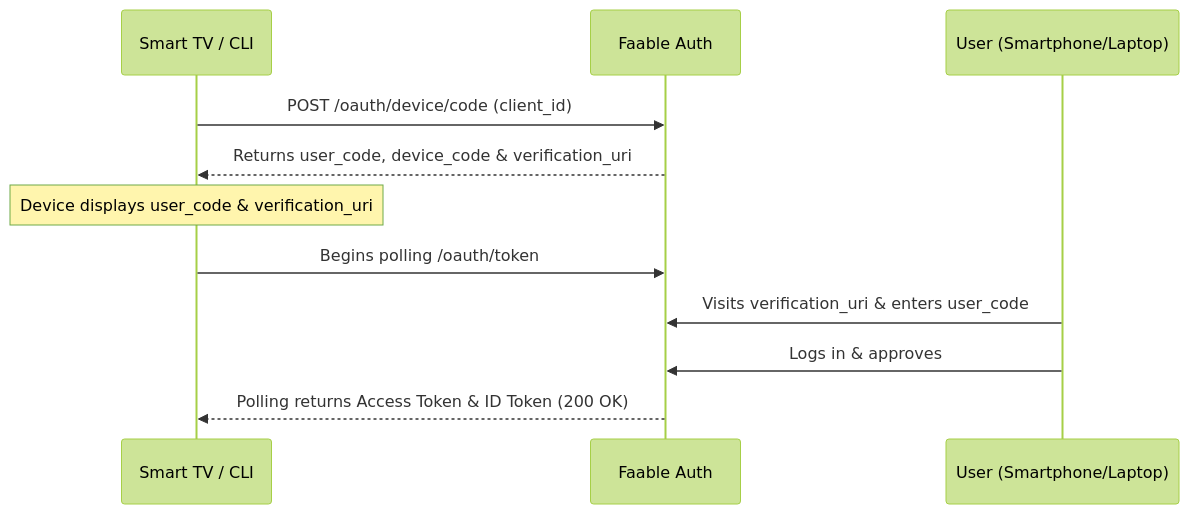
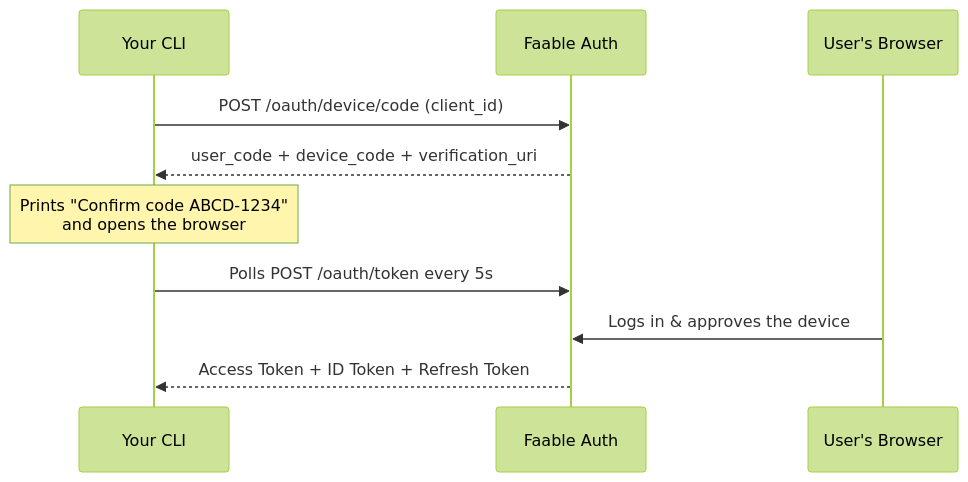
One commit to faablecloud/docs changed the diagram in content/auth/oauth-flows/device-code.mdx. Above: the diagram before and after it, drawn with Mermaid (forest theme). The commit also changed other lines of this file and 2 other files, not shown here.

First line of the commit message:
docs(auth): rewrite refresh-token and device-code pages for ads landings

````diff
--- a/content/auth/oauth-flows/device-code.mdx
+++ b/content/auth/oauth-flows/device-code.mdx
@@ -16,14 +22,13 @@
 ```mermaid
 sequenceDiagram
-    participant Device as Smart TV / CLI
+    participant CLI as Your CLI
     participant Faable as Faable Auth
-    participant User as User (Smartphone/Laptop)
+    participant User as User's Browser
 
-    Device->>Faable: POST /oauth/device/code (client_id)
-    Faable-->>Device: Returns user_code, device_code & verification_uri
-    Note over Device: Device displays user_code & verification_uri
-    Device->>Faable: Begins polling /oauth/token
-    User->>Faable: Visits verification_uri & enters user_code
-    User->>Faable: Logs in & approves
-    Faable-->>Device: Polling returns Access Token & ID Token (200 OK)
+    CLI->>Faable: POST /oauth/device/code (client_id)
+    Faable-->>CLI: user_code + device_code + verification_uri
+    Note over CLI: Prints "Confirm code ABCD-1234"<br/>and opens the browser
+    CLI->>Faable: Polls POST /oauth/token every 5s
+    User->>Faable: Logs in & approves the device
+    Faable-->>CLI: Access Token + ID Token + Refresh Token
 ```
````
